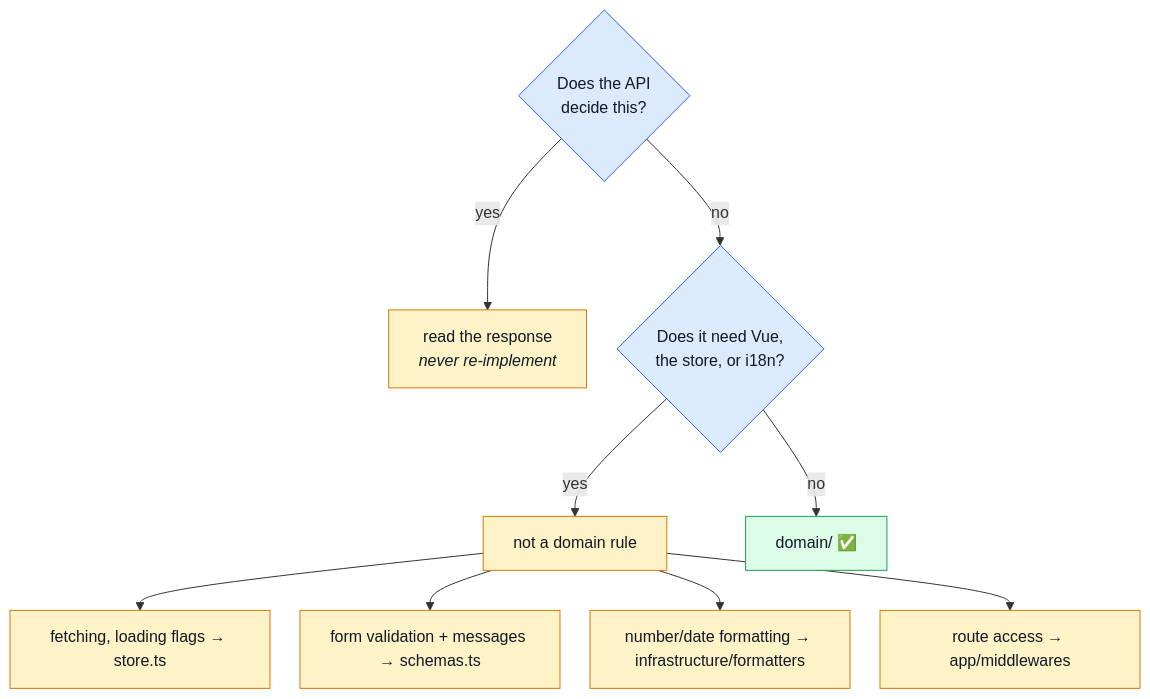
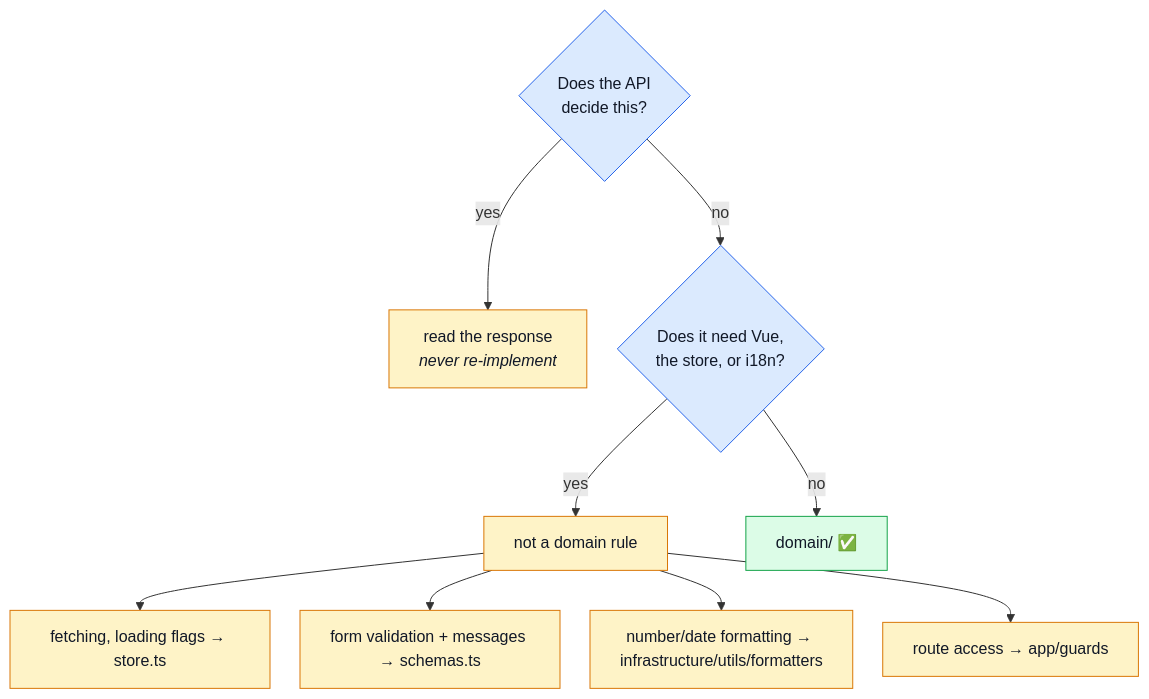
Before and after one commit to Guebbit/boilerplate-vue-frontend: the first of 6 diagrams in docs/theory/domain-layer.md, drawn with Mermaid. The commit also changed other lines of this file and 149 other files, not shown here.

````diff
--- a/docs/theory/domain-layer.md
+++ b/docs/theory/domain-layer.md
@@ -28,21 +28,21 @@
 ```mermaid
 %%{init: {'flowchart': {'nodeSpacing': 30, 'rankSpacing': 40}}}%%
 flowchart TD
     Q{"Does the API<br/>decide this?"}
     Q -->|yes| API["read the response<br/><i>never re-implement</i>"]
     Q -->|no| Q2{"Does it need Vue,<br/>the store, or i18n?"}
     Q2 -->|yes| OUT["not a domain rule"]
     Q2 -->|no| DOM["domain/ ✅"]
 
     OUT --> R1["fetching, loading flags → store.ts"]
     OUT --> R2["form validation + messages → schemas.ts"]
-    OUT --> R3["number/date formatting → infrastructure/formatters"]
-    OUT --> R4["route access → app/middlewares"]
+    OUT --> R3["number/date formatting → infrastructure/utils/formatters"]
+    OUT --> R4["route access → app/guards"]
 
     classDef ask fill:#dbeafe,stroke:#2563eb,color:#111827;
     classDef yes fill:#dcfce7,stroke:#16a34a,color:#111827;
     classDef no fill:#fef3c7,stroke:#d97706,color:#111827;
     class Q,Q2 ask;
     class DOM yes;
     class API,OUT,R1,R2,R3,R4 no;
 ```
````
